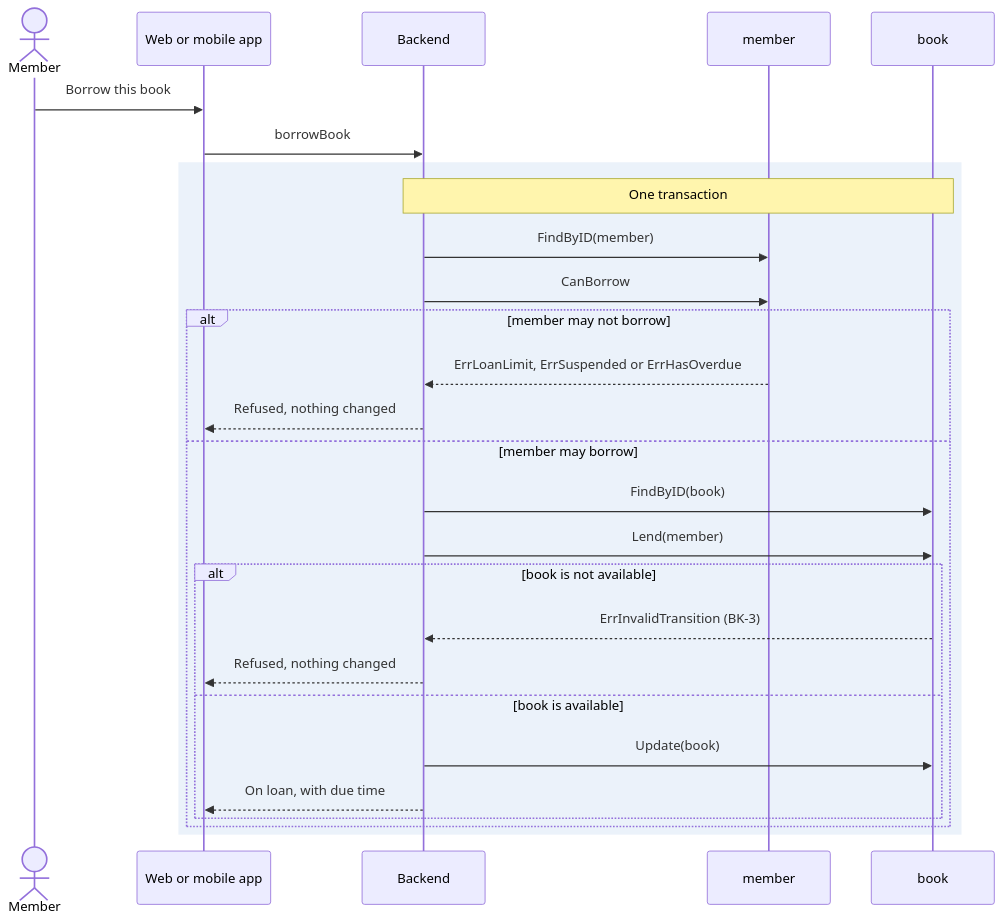
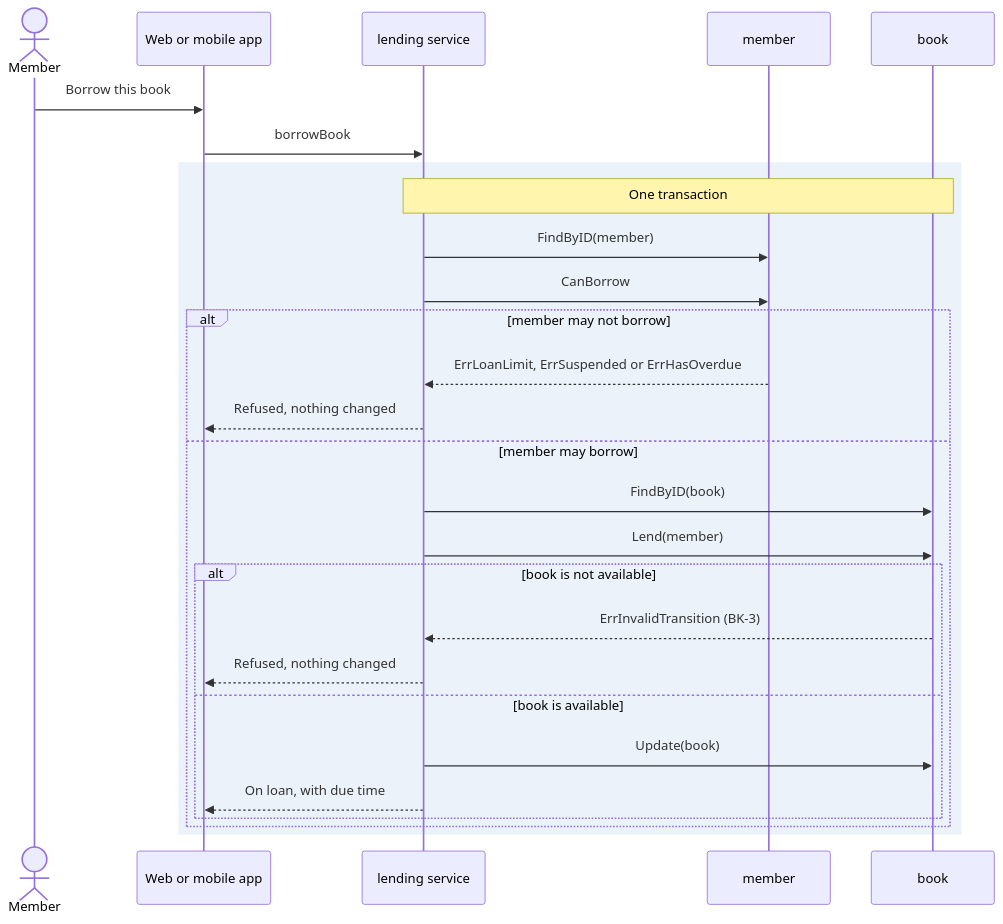
The diagram in docs/software-knowledges/flows/borrow-book.md (hieutran21198/Artifact-Driven-Framework), drawn with Mermaid before and after one commit. The commit also changed other lines of this file and 77 other files, not shown here.

````diff
--- a/docs/software-knowledges/flows/borrow-book.md
+++ b/docs/software-knowledges/flows/borrow-book.md
@@ -25,30 +27,30 @@
 ```mermaid
 sequenceDiagram
     actor Member
     participant Client as Web or mobile app
-    participant Backend
+    participant Lending as lending service
     participant M as member
     participant B as book
 
     Member->>Client: Borrow this book
-    Client->>Backend: borrowBook
+    Client->>Lending: borrowBook
     rect rgb(235, 242, 250)
-        note over Backend,B: One transaction
-        Backend->>M: FindByID(member)
-        Backend->>M: CanBorrow
+        note over Lending,B: One transaction
+        Lending->>M: FindByID(member)
+        Lending->>M: CanBorrow
         alt member may not borrow
-            M-->>Backend: ErrLoanLimit, ErrSuspended or ErrHasOverdue
-            Backend-->>Client: Refused, nothing changed
+            M-->>Lending: ErrLoanLimit, ErrSuspended or ErrHasOverdue
+            Lending-->>Client: Refused, nothing changed
         else member may borrow
-            Backend->>B: FindByID(book)
-            Backend->>B: Lend(member)
+            Lending->>B: FindByID(book)
+            Lending->>B: Lend(member)
             alt book is not available
-                B-->>Backend: ErrInvalidTransition (BK-3)
-                Backend-->>Client: Refused, nothing changed
+                B-->>Lending: ErrInvalidTransition (BK-3)
+                Lending-->>Client: Refused, nothing changed
             else book is available
-                Backend->>B: Update(book)
-                Backend-->>Client: On loan, with due time
+                Lending->>B: Update(book)
+                Lending-->>Client: On loan, with due time
             end
         end
     end
 ```
````
